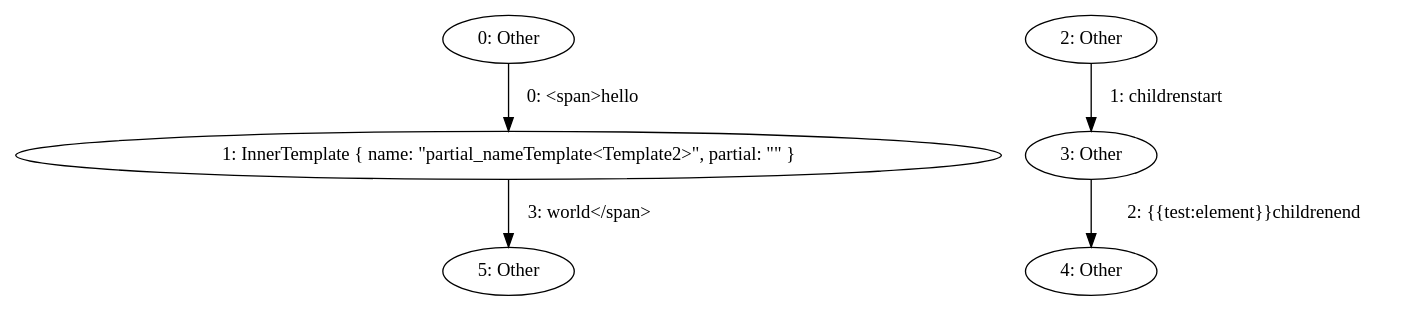
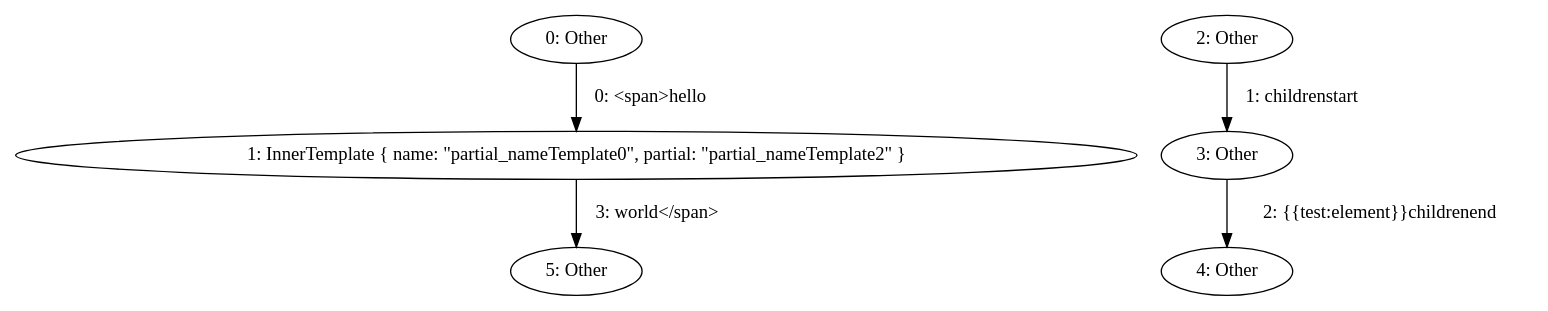
One commit to mohe2015/zero-cost-templating changed the diagram in partial_block.dot. Above: the diagram before and after it, drawn with Graphviz. The commit also changed 2 other files, not shown here.

```diff
--- a/partial_block.dot
+++ b/partial_block.dot
@@ -1,12 +1,12 @@
 digraph {
     0 [ label = "0: Other" ]
-    1 [ label = "1: InnerTemplate { name: \"partial_nameTemplate<Template2>\", partial: \"\" }" ]
+    1 [ label = "1: InnerTemplate { name: \"partial_nameTemplate0\", partial: \"partial_nameTemplate2\" }" ]
     2 [ label = "2: Other" ]
     3 [ label = "3: Other" ]
     4 [ label = "4: Other" ]
     5 [ label = "5: Other" ]
     0 -> 1 [ label = "0: <span>hello" ]
     2 -> 3 [ label = "1: childrenstart" ]
     3 -> 4 [ label = "2: {{test:element}}childrenend" ]
     1 -> 5 [ label = "3: world</span>" ]
 }
```
